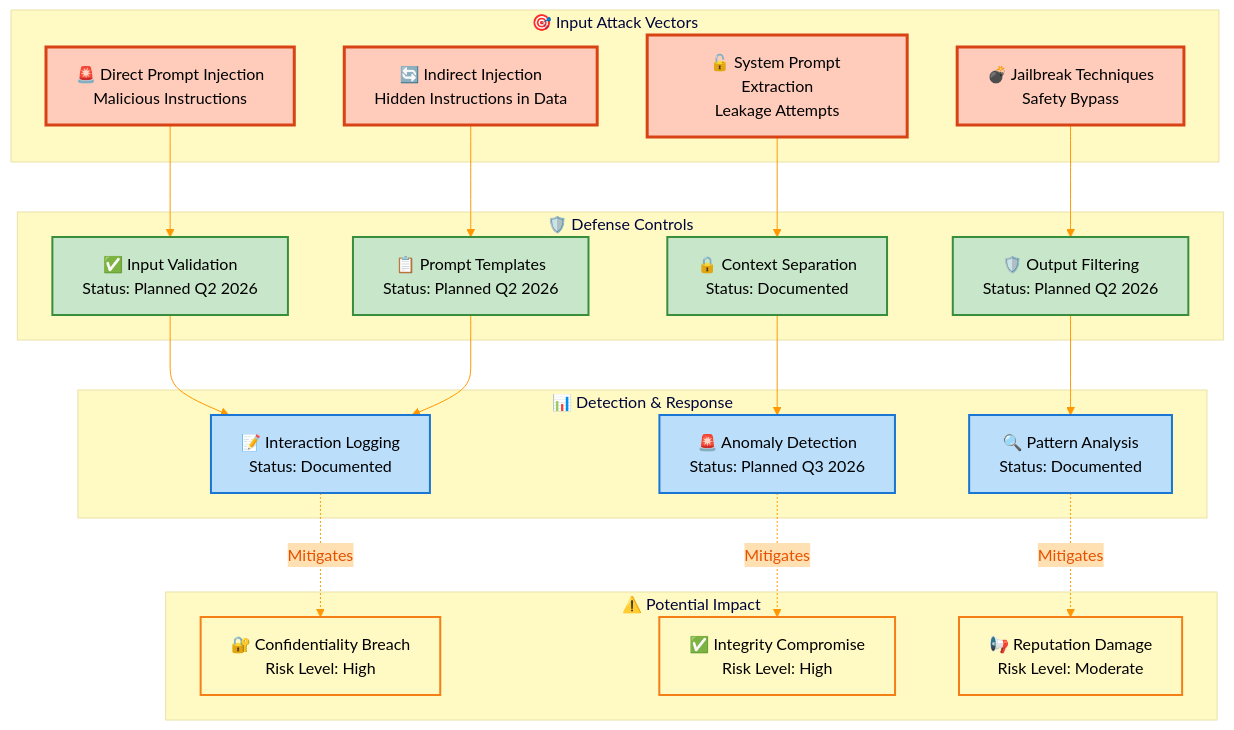
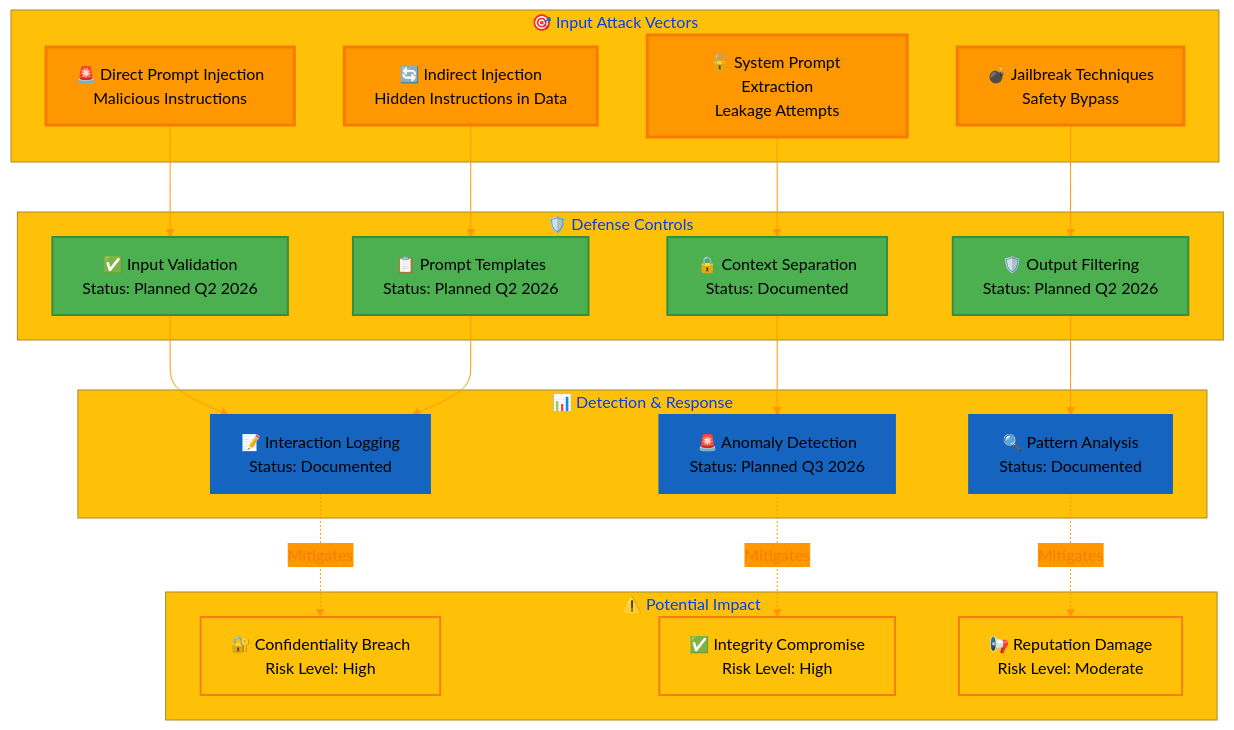
The seventh of 15 diagrams in OWASP_LLM_Security_Policy.md (Hack23/ISMS-PUBLIC), drawn with Mermaid before and after one commit. The commit also changed other lines of this file and 35 other files, not shown here.

````diff
--- a/OWASP_LLM_Security_Policy.md
+++ b/OWASP_LLM_Security_Policy.md
@@ -708,64 +708,64 @@
 ```mermaid
 %%{
   init: {
     'theme': 'base',
     'themeVariables': {
-      'primaryColor': '#fff3e0',
-      'primaryTextColor': '#e65100',
+      'primaryColor': '#FF9800',
+      'primaryTextColor': '#F57C00',
       'lineColor': '#ff9800',
-      'secondaryColor': '#ffe0b2',
-      'tertiaryColor': '#fff9c4'
+      'secondaryColor': '#FF9800',
+      'tertiaryColor': '#FFC107'
     }
   }
 }%%
 graph TB
     subgraph ATTACK["🎯 Input Attack Vectors"]
         A1[🚨 Direct Prompt Injection<br/>Malicious Instructions]
         A2[🔄 Indirect Injection<br/>Hidden Instructions in Data]
         A3[🔓 System Prompt Extraction<br/>Leakage Attempts]
         A4[💣 Jailbreak Techniques<br/>Safety Bypass]
     end
     
     subgraph CONTROLS["🛡️ Defense Controls"]
         C1[✅ Input Validation<br/>Status: Planned Q2 2026]
         C2[📋 Prompt Templates<br/>Status: Planned Q2 2026]
         C3[🔒 Context Separation<br/>Status: Documented]
         C4[🛡️ Output Filtering<br/>Status: Planned Q2 2026]
     end
     
     subgraph MONITORING["📊 Detection & Response"]
         M1[📝 Interaction Logging<br/>Status: Documented]
         M2[🚨 Anomaly Detection<br/>Status: Planned Q3 2026]
         M3[🔍 Pattern Analysis<br/>Status: Documented]
     end
     
     subgraph IMPACT["⚠️ Potential Impact"]
         I1[🔐 Confidentiality Breach<br/>Risk Level: High]
         I2[✅ Integrity Compromise<br/>Risk Level: High]
         I3[📢 Reputation Damage<br/>Risk Level: Moderate]
     end
     
     A1 --> C1
     A2 --> C2
     A3 --> C3
     A4 --> C4
     
     C1 --> M1
     C2 --> M1
     C3 --> M2
     C4 --> M3
     
     M1 -.Mitigates.-> I1
     M2 -.Mitigates.-> I2
     M3 -.Mitigates.-> I3
     
-    classDef attack fill:#ffccbc,stroke:#d84315,stroke-width:3px,color:#000000
-    classDef control fill:#c8e6c9,stroke:#388e3c,stroke-width:2px,color:#000000
-    classDef monitoring fill:#bbdefb,stroke:#1976d2,stroke-width:2px,color:#000000
-    classDef impact fill:#fff9c4,stroke:#f57f17,stroke-width:2px,color:#000000
+    classDef attack fill:#FF9800,stroke:#F57C00,stroke-width:3px,color:#000000
+    classDef control fill:#4CAF50,stroke:#388e3c,stroke-width:2px,color:#000000
+    classDef monitoring fill:#1565C0,stroke:#1565C0,stroke-width:2px,color:#000000
+    classDef impact fill:#FFC107,stroke:#f57f17,stroke-width:2px,color:#000000
     
     class A1,A2,A3,A4 attack
     class C1,C2,C3,C4 control
     class M1,M2,M3 monitoring
     class I1,I2,I3 impact
 ```
````
